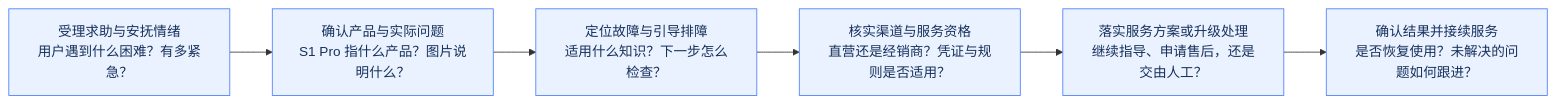
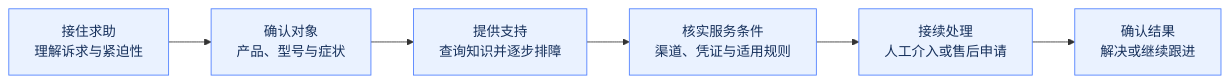
Before and after one commit to rorschachwilpeng/anker-hackathon: the diagram in 04-方案设计/Anker智能客服产品-初赛方案.md, drawn with Mermaid. The commit also changed other lines of this file and 14 other files, not shown here.

````diff
--- a/04-方案设计/Anker智能客服产品-初赛方案.md
+++ b/04-方案设计/Anker智能客服产品-初赛方案.md
@@ -14,12 +15,12 @@
 ```mermaid
 flowchart LR
-    A["受理求助与安抚情绪<br/>用户遇到什么困难？有多紧急？"]
-    B["确认产品与实际问题<br/>S1 Pro 指什么产品？图片说明什么？"]
-    C["定位故障与引导排障<br/>适用什么知识？下一步怎么检查？"]
-    D["核实渠道与服务资格<br/>直营还是经销商？凭证与规则是否适用？"]
-    E["落实服务方案或升级处理<br/>继续指导、申请售后，还是交由人工？"]
-    F["确认结果并接续服务<br/>是否恢复使用？未解决的问题如何跟进？"]
+    A["接住求助<br/>理解诉求与紧迫性"]
+    B["确认对象<br/>产品、型号与症状"]
+    C["提供支持<br/>查询知识并逐步排障"]
+    D["核实服务条件<br/>渠道、凭证与适用规则"]
+    E["接续处理<br/>人工介入或售后申请"]
+    F["确认结果<br/>解决或继续跟进"]
     A --> B --> C --> D --> E --> F
     classDef stage fill:#EAF2FF,stroke:#4C7EFF,color:#17315C;
     class A,B,C,D,E,F stage;
 ```
````
